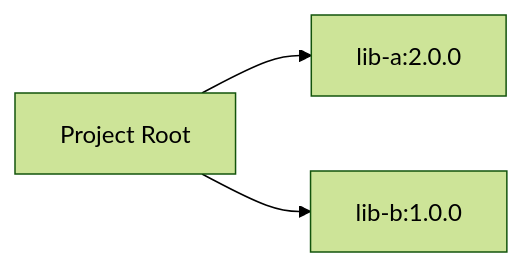
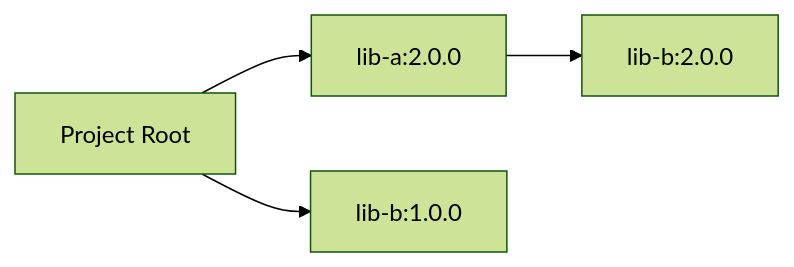
Before and after one commit to JavaDependencyHell/fieldguide: the diagram in demos/sbt-demo/scenario-4-override/guide.qmd, drawn with Mermaid (forest theme). The commit also changed other lines of this file and 101 other files, not shown here.

````diff
--- a/demos/sbt-demo/scenario-4-override/guide.qmd
+++ b/demos/sbt-demo/scenario-4-override/guide.qmd
@@ -15,6 +20,7 @@
 ```{mermaid}
 %%| fig-width: 4.4
 graph LR
     Root[Project Root] --> LibA[lib-a:2.0.0]
     Root --> LibB[lib-b:1.0.0]
+    LibA --> LibB2[lib-b:2.0.0]
 ```
````
